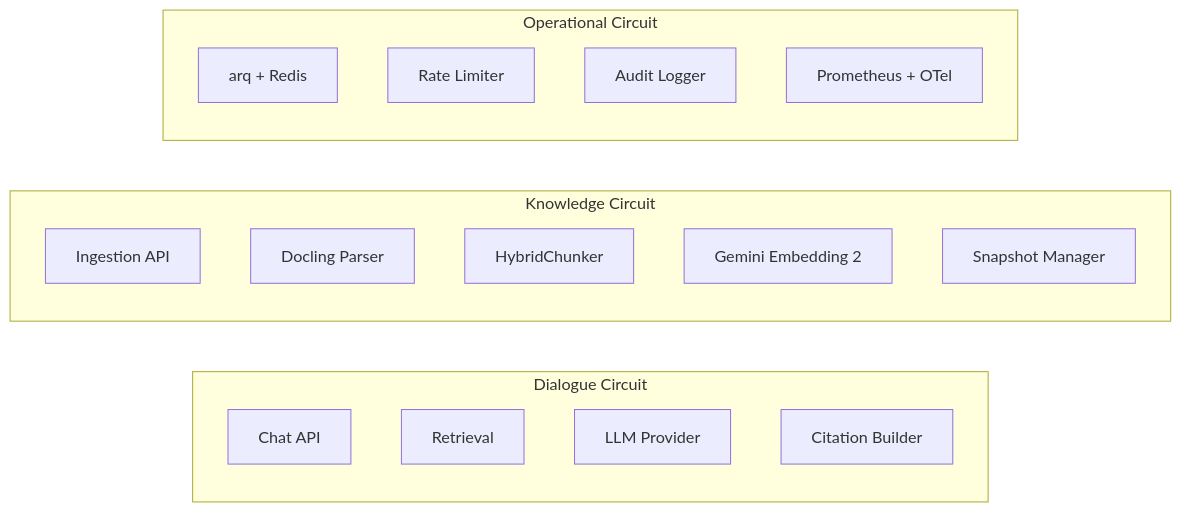
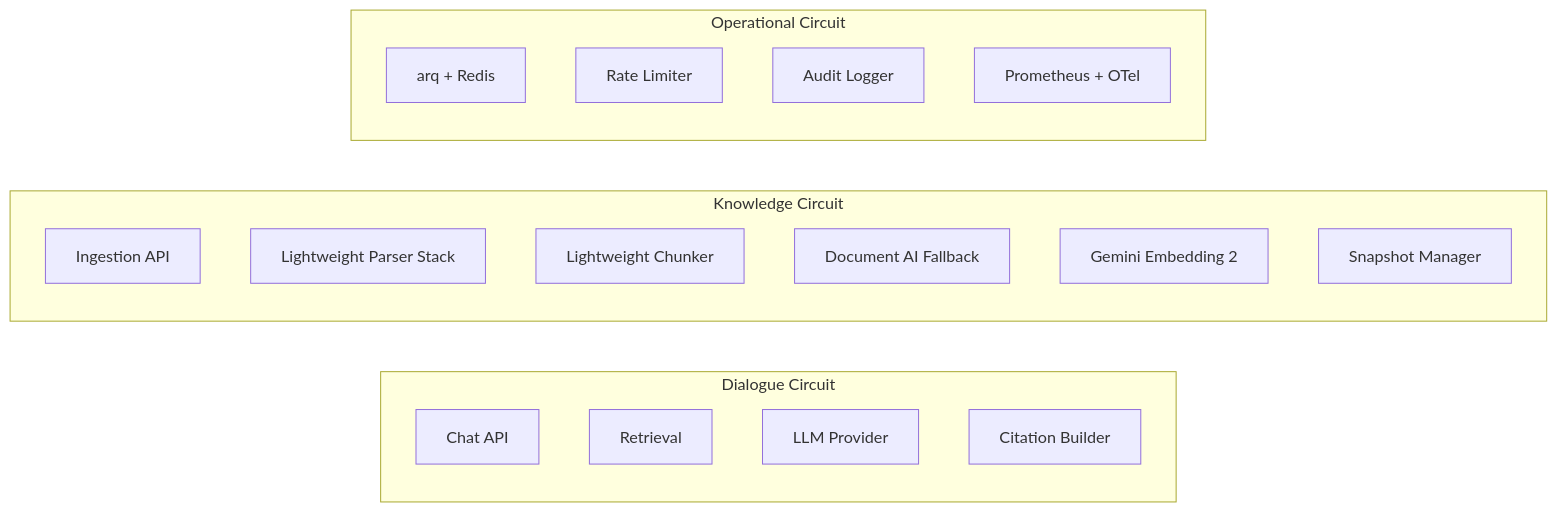
The second of 8 diagrams in docs/architecture.md (itechmeat/proxymind), drawn with Mermaid before and after one commit. The commit also changed other lines of this file and 48 other files, not shown here.

````diff
--- a/docs/architecture.md
+++ b/docs/architecture.md
@@ -38,24 +38,25 @@
 ```mermaid
 graph LR
     subgraph Dialogue Circuit
         ChatAPI[Chat API]
         Retrieval[Retrieval]
         LLM[LLM Provider]
         Citations[Citation Builder]
     end
 
     subgraph Knowledge Circuit
         Ingestion[Ingestion API]
-        Parser[Docling Parser]
-        Chunker[HybridChunker]
+        Parser[Lightweight Parser Stack]
+        Chunker[Lightweight Chunker]
+        ExternalParser[Document AI Fallback]
         Embedder[Gemini Embedding 2]
         Snapshot[Snapshot Manager]
     end
 
     subgraph Operational Circuit
         Queue[arq + Redis]
         RateLimit[Rate Limiter]
         Audit[Audit Logger]
         Monitoring[Prometheus + OTel]
     end
 ```
````
